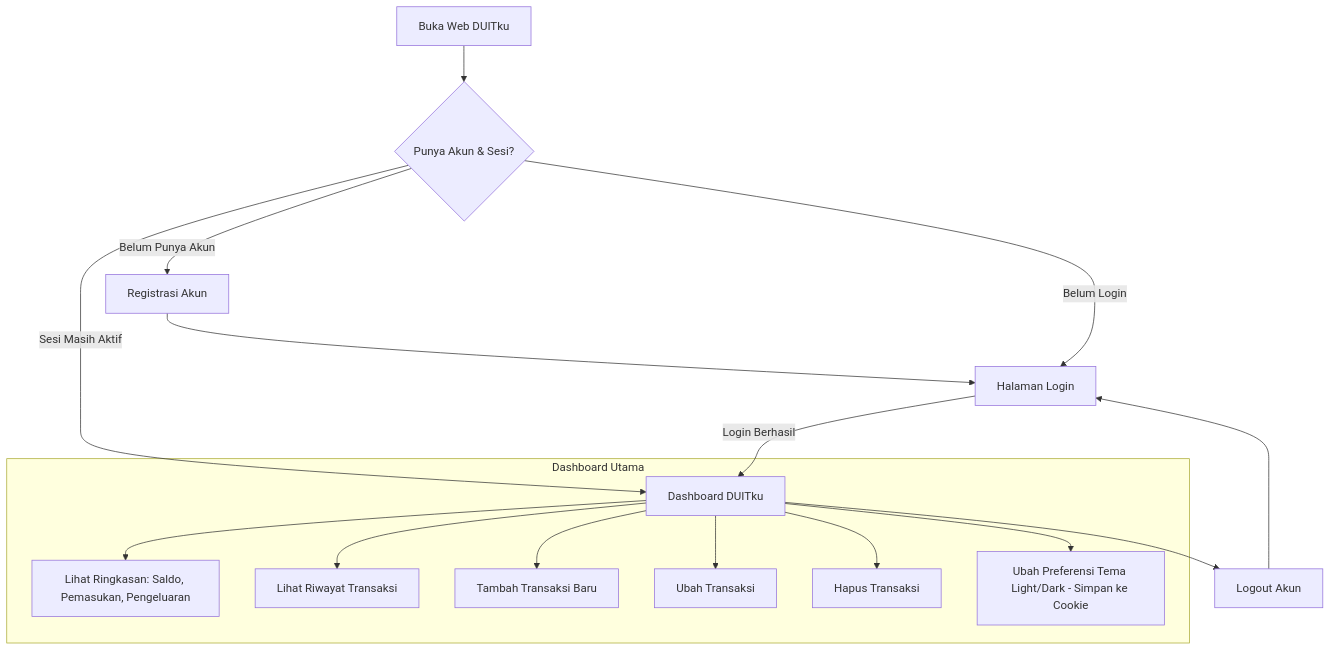
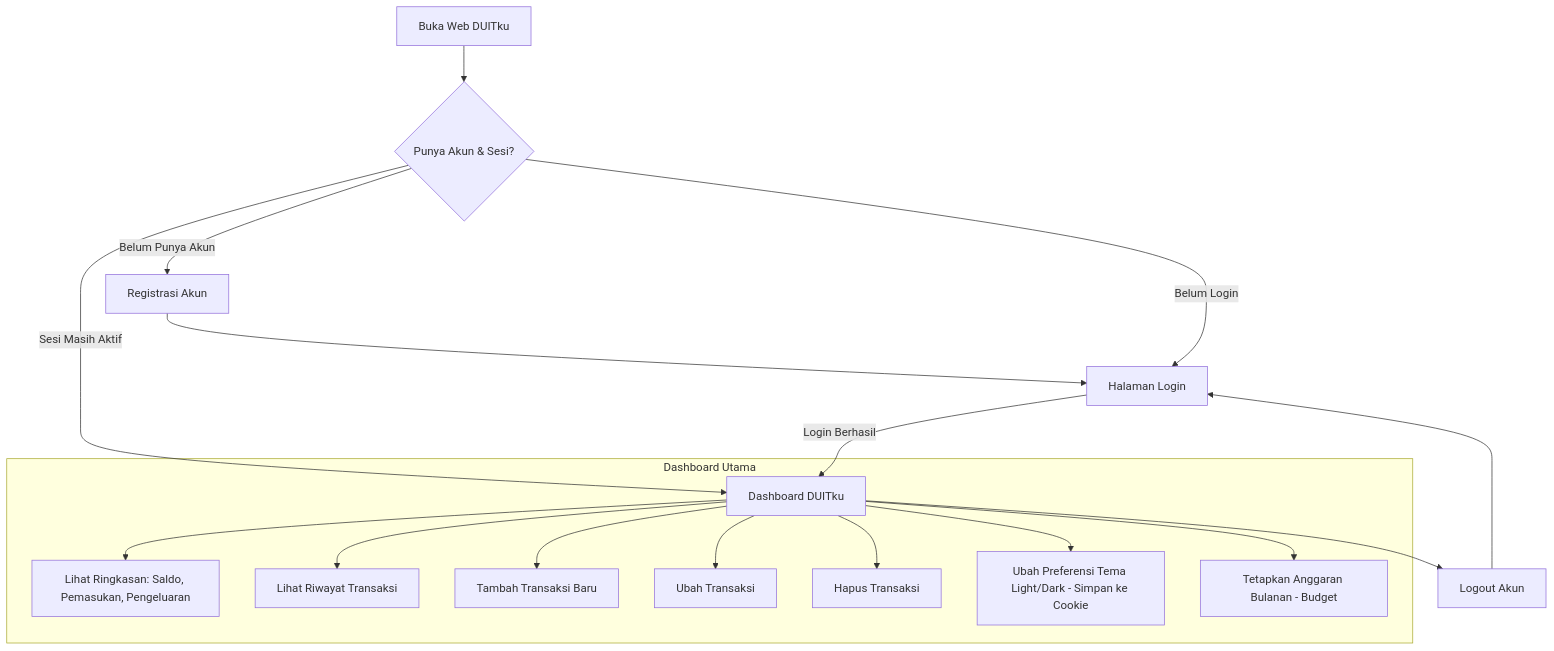
The diagram in SRS_DUITku.md (h4monn/Praktikum-PPK-Minggu-2), drawn with Mermaid before and after one commit. The commit also changed other lines of this file and 1 other file, not shown here.

Commit message:
docs: add FR-10 Budgeting feature and update task assignments

````diff
--- a/SRS_DUITku.md
+++ b/SRS_DUITku.md
@@ -62,20 +63,21 @@
 ```mermaid
 graph TD
     A[Buka Web DUITku] --> B{Punya Akun & Sesi?}
     B -- Belum Punya Akun --> C[Registrasi Akun]
     B -- Belum Login --> D[Halaman Login]
     C --> D
     D -->|Login Berhasil| E[Dashboard DUITku]
     B -- Sesi Masih Aktif --> E
     
     subgraph DASH ["Dashboard Utama"]
         E --> F[Lihat Ringkasan: Saldo, Pemasukan, Pengeluaran]
         E --> G[Lihat Riwayat Transaksi]
         E --> H[Tambah Transaksi Baru]
         E --> I[Ubah Transaksi]
         E --> J[Hapus Transaksi]
         E --> K[Ubah Preferensi Tema Light/Dark - Simpan ke Cookie]
+        E --> M[Tetapkan Anggaran Bulanan - Budget]
     end
     
     E --> L[Logout Akun] --> D
 ```
````
